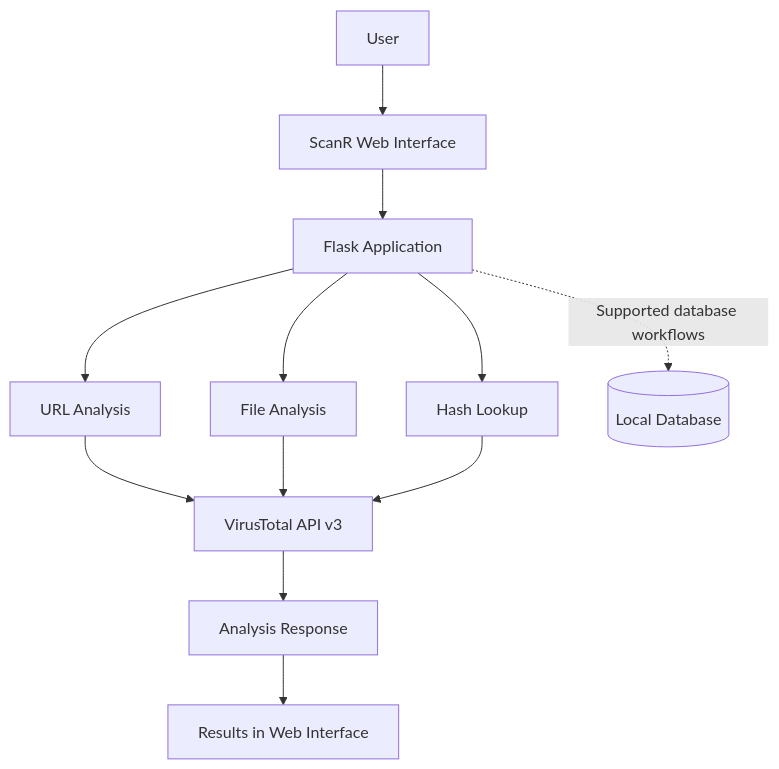
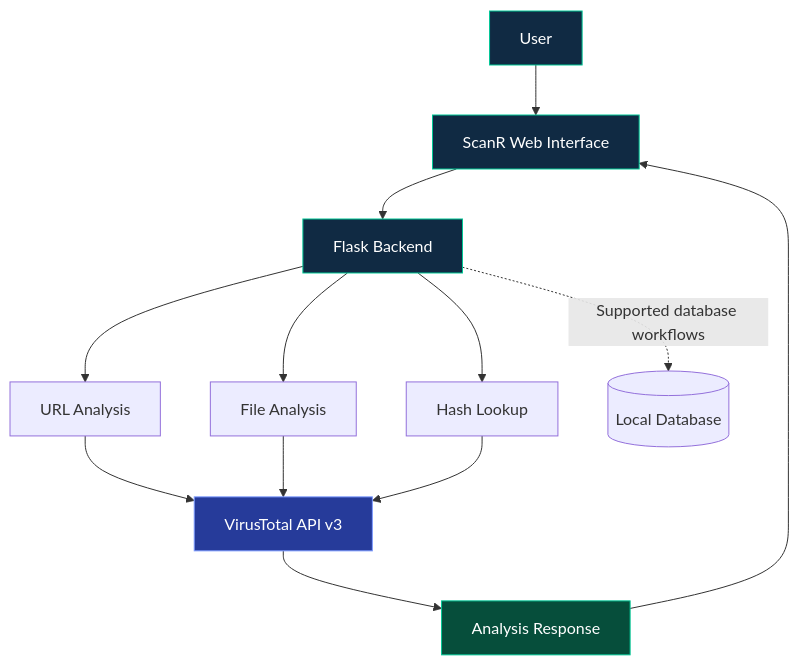
Before and after one commit to GhostMaskR/ScanR: the diagram in README.md, drawn with Mermaid. The commit also changed other lines of this file, not shown here.

Commit message:
Enhance ScanR README with animated cybersecurity visuals

````diff
--- a/README.md
+++ b/README.md
@@ -69,14 +111,20 @@
 ```mermaid
 flowchart TD
-    A[User] --> B[ScanR Web Interface]
-    B --> C[Flask Application]
-    C --> D[URL Analysis]
-    C --> E[File Analysis]
-    C --> F[Hash Lookup]
-    D --> G[VirusTotal API v3]
-    E --> G
-    F --> G
-    G --> H[Analysis Response]
-    H --> I[Results in Web Interface]
-    C -. Supported database workflows .-> J[(Local Database)]
+    U["User"] --> UI["ScanR Web Interface"]
+    UI --> API["Flask Backend"]
+    API --> URL["URL Analysis"]
+    API --> FILE["File Analysis"]
+    API --> HASH["Hash Lookup"]
+    URL --> VT["VirusTotal API v3"]
+    FILE --> VT
+    HASH --> VT
+    VT --> RESULT["Analysis Response"]
+    RESULT --> UI
+    API -. "Supported database workflows" .-> DB[("Local Database")]
+
+    style U fill:#102A43,stroke:#00C896,color:#FFFFFF
+    style UI fill:#102A43,stroke:#00C896,color:#FFFFFF
+    style API fill:#102A43,stroke:#00C896,color:#FFFFFF
+    style VT fill:#263B9A,stroke:#7D9BFF,color:#FFFFFF
+    style RESULT fill:#064E3B,stroke:#00C896,color:#FFFFFF
 ```
````
